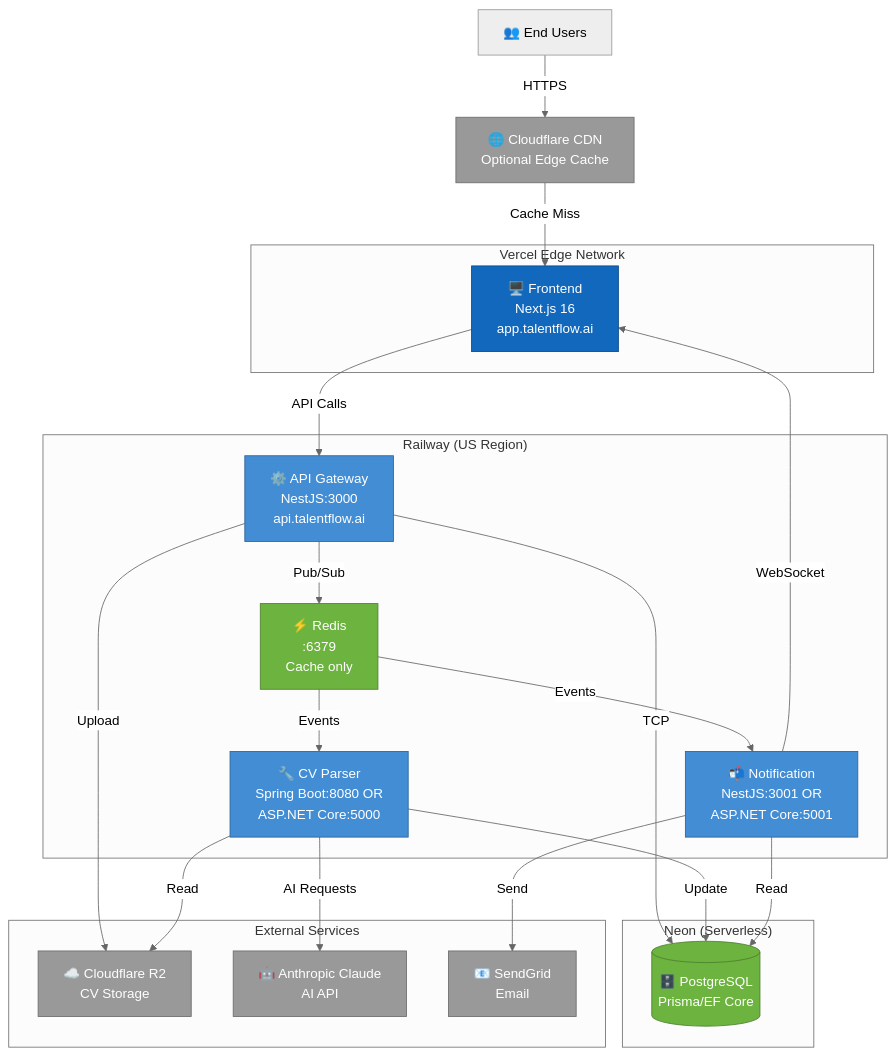
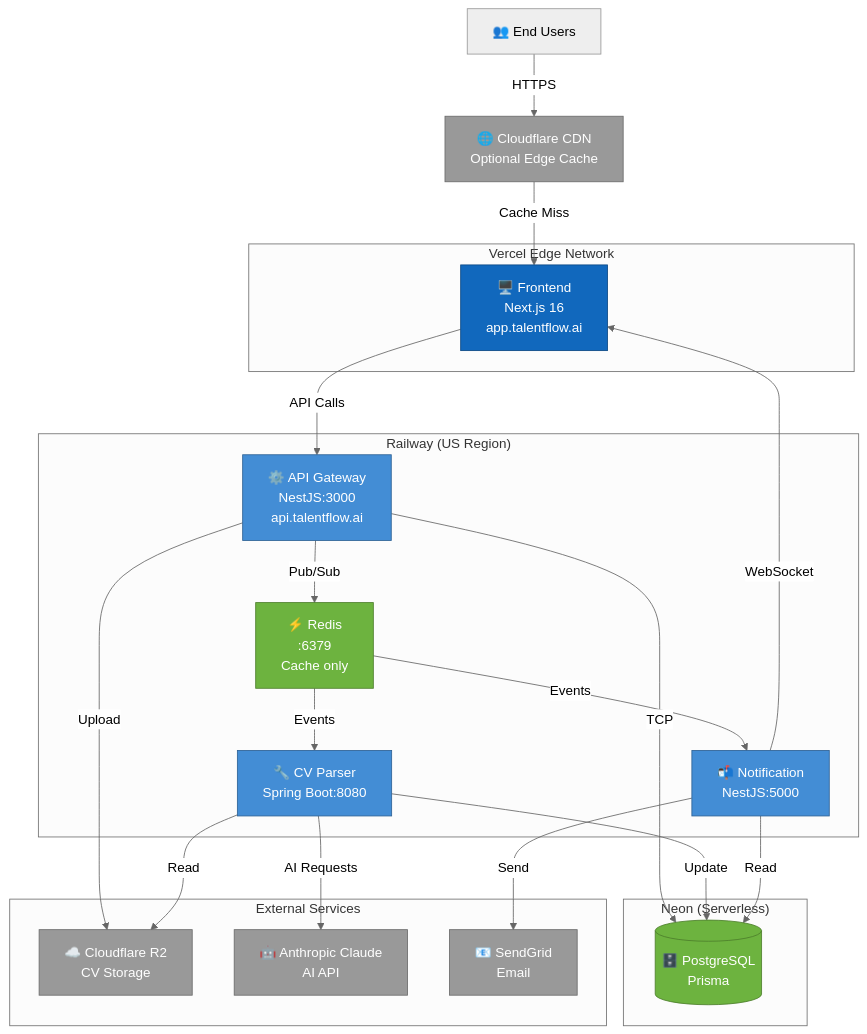
Before and after one commit to vuongng2212/TalentFlow-AI-Backend: the diagram in docs/DEPLOYMENT.md, drawn with Mermaid (neutral theme). The commit also changed other lines of this file and 14 other files, not shown here.

````diff
--- a/docs/DEPLOYMENT.md
+++ b/docs/DEPLOYMENT.md
@@ -48,64 +48,64 @@
 ```mermaid
 graph TB
     %% Users
     Users[👥 End Users]
 
     %% CDN
     CDN[🌐 Cloudflare CDN<br/>Optional Edge Cache]
 
     %% Frontend
     subgraph "Vercel Edge Network"
         Frontend[🖥️ Frontend<br/>Next.js 16<br/>app.talentflow.ai]
     end
 
     %% Backend Services
     subgraph "Railway (US Region)"
         API[⚙️ API Gateway<br/>NestJS:3000<br/>api.talentflow.ai]
-        Parser[🔧 CV Parser<br/>Spring Boot:8080 OR<br/>ASP.NET Core:5000]
-        Notif[📬 Notification<br/>NestJS:3001 OR<br/>ASP.NET Core:5001]
+        Parser[🔧 CV Parser<br/>Spring Boot:8080]
+        Notif[📬 Notification<br/>NestJS:5000]
         Redis[⚡ Redis<br/>:6379<br/>Cache only]
     end
 
     %% Database
     subgraph "Neon (Serverless)"
-        DB[(🗄️ PostgreSQL<br/>Prisma/EF Core)]
+        DB[(🗄️ PostgreSQL<br/>Prisma)]
     end
 
     %% External Services
     subgraph "External Services"
         R2[☁️ Cloudflare R2<br/>CV Storage]
         Claude[🤖 Anthropic Claude<br/>AI API]
         SendGrid[📧 SendGrid<br/>Email]
     end
 
     %% Connections
     Users -->|HTTPS| CDN
     CDN -->|Cache Miss| Frontend
     Frontend -->|API Calls| API
 
     API -->|TCP| DB
     API -->|Pub/Sub| Redis
     API -->|Upload| R2
 
     Redis -->|Events| Parser
     Redis -->|Events| Notif
 
     Parser -->|Read| R2
     Parser -->|AI Requests| Claude
     Parser -->|Update| DB
 
     Notif -->|Send| SendGrid
     Notif -->|Read| DB
     Notif -->|WebSocket| Frontend
 
     %% Styling
     classDef frontend fill:#1168BD,stroke:#0B4884,color:#fff
     classDef service fill:#438DD5,stroke:#2E6295,color:#fff
     classDef storage fill:#6DB33F,stroke:#4D7F2C,color:#fff
     classDef external fill:#999999,stroke:#6B6B6B,color:#fff
 
     class Frontend frontend
     class API,Parser,Notif service
     class DB,Redis storage
     class R2,Claude,SendGrid,CDN external
 ```
````
